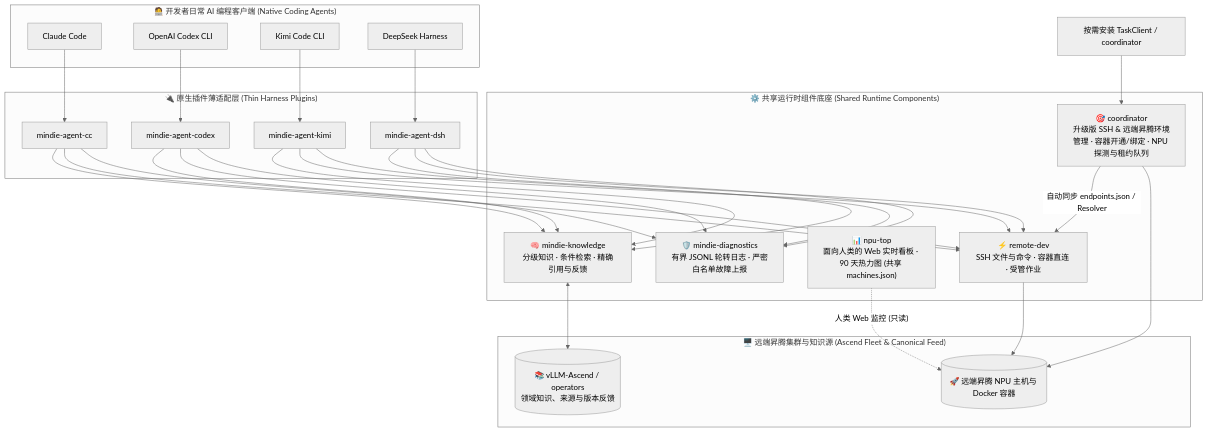
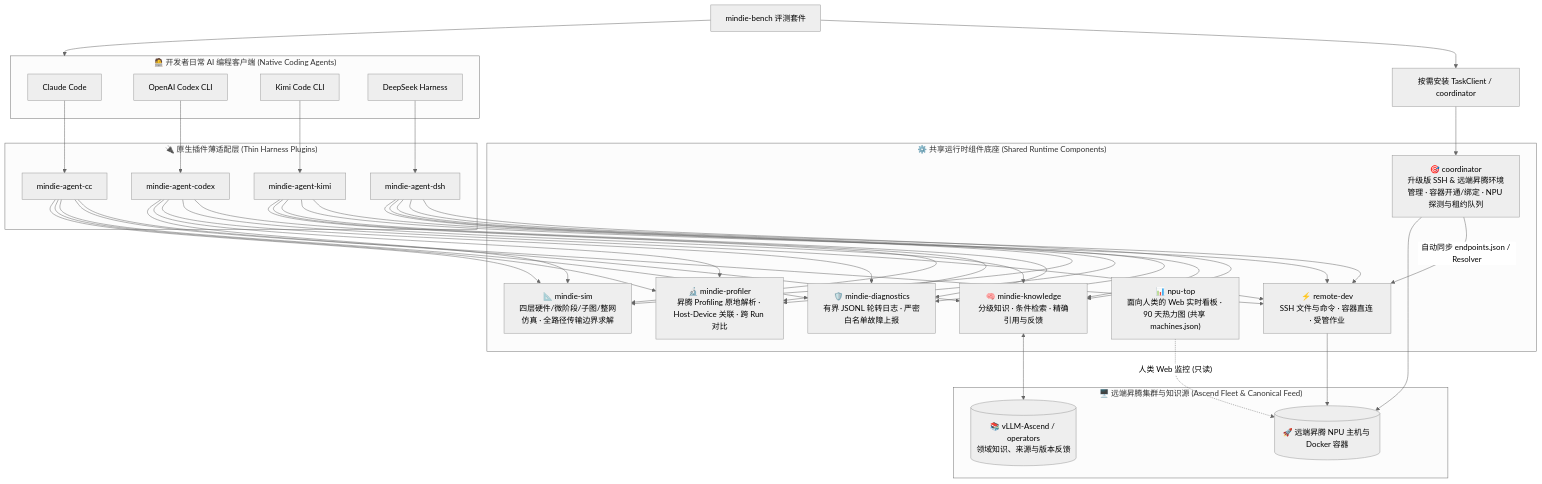
One commit to grandolantow/mindie-agent changed the first of 2 diagrams in README.md. Above: the diagram before and after it, drawn with Mermaid (neutral theme). The commit also changed other lines of this file and 17 other files, not shown here.

First line of the commit message:
docs: sync repository ecosystem list, architecture diagrams, and docs index (#251)

````diff
--- a/README.md
+++ b/README.md
@@ -174,41 +175,44 @@
 ```mermaid
 flowchart TB
   subgraph Clients["🧑‍💻 开发者日常 AI 编程客户端 (Native Coding Agents)"]
     CC["Claude Code"]
     Codex["OpenAI Codex CLI"]
     Kimi["Kimi Code CLI"]
     DSH["DeepSeek Harness"]
   end
 
   subgraph Adapters["🔌 原生插件薄适配层 (Thin Harness Plugins)"]
     P_CC["mindie-agent-cc"]
     P_Codex["mindie-agent-codex"]
     P_Kimi["mindie-agent-kimi"]
     P_DSH["mindie-agent-dsh"]
   end
 
   subgraph Core["⚙️ 共享运行时组件底座 (Shared Runtime Components)"]
     Knowledge["🧠 mindie-knowledge<br/>分级知识 · 条件检索 · 精确引用与反馈"]
     Coord["🎯 coordinator<br/>升级版 SSH & 远端昇腾环境管理 · 容器开通/绑定 · NPU 探测与租约队列"]
     RemoteDev["⚡ remote-dev<br/>SSH 文件与命令 · 容器直连 · 受管作业"]
+    Profiler["🔬 mindie-profiler<br/>昇腾 Profiling 原地解析 · Host-Device 关联 · 跨 Run 对比"]
+    Sim["📐 mindie-sim<br/>四层硬件/微阶段/子图/整网仿真 · 全路径传输边界求解"]
     NpuTop["📊 npu-top<br/>面向人类的 Web 实时看板 · 90 天热力图 (共享 machines.json)"]
     Diag["🛡️ mindie-diagnostics<br/>有界 JSONL 轮转日志 · 严密白名单故障上报"]
   end
 
   subgraph Remote["🖥️ 远端昇腾集群与知识源 (Ascend Fleet & Canonical Feed)"]
     Feed[("📚 vLLM-Ascend / operators<br/>领域知识、来源与版本反馈")]
     Cluster[("🚀 远端昇腾 NPU 主机与 Docker 容器")]
   end
 
   CC --> P_CC
   Codex --> P_Codex
   Kimi --> P_Kimi
   DSH --> P_DSH
 
-  P_CC & P_Codex & P_Kimi & P_DSH --> Knowledge & RemoteDev & Diag
+  P_CC & P_Codex & P_Kimi & P_DSH --> Knowledge & RemoteDev & Diag & Profiler & Sim
   Task["按需安装 TaskClient / coordinator"] --> Coord
+  Bench["mindie-bench 评测套件"] --> Task & Clients
   Knowledge <--> Feed
   Coord -- "自动同步 endpoints.json / Resolver" --> RemoteDev
   Coord & RemoteDev --> Cluster
   NpuTop -. "人类 Web 监控 (只读)" .-> Cluster
 ```
````
